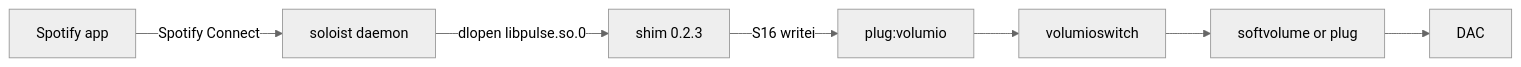
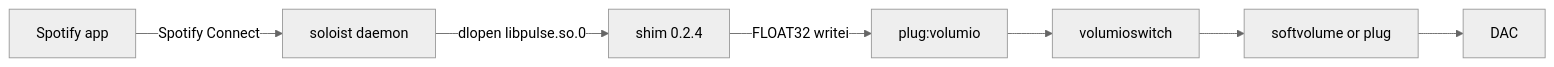
The first of 4 diagrams in README.md (foonerd/alsa_soloist_connect), drawn with Mermaid (neutral theme) before and after one commit. The commit also changed other lines of this file and 12 other files, not shown here.

First line of the commit message:
fix(shim): 0.6.13 write FLOAT32 at the client rate into plug:volumio

````diff
--- a/README.md
+++ b/README.md
@@ -32,9 +32,9 @@
 ```mermaid
 flowchart LR
     SpotifyApp["Spotify app"] -->|"Spotify Connect"| Soloist["soloist daemon"]
-    Soloist -->|"dlopen libpulse.so.0"| Shim["shim 0.2.3"]
-    Shim -->|"S16 writei"| Plug["plug:volumio"]
+    Soloist -->|"dlopen libpulse.so.0"| Shim["shim 0.2.4"]
+    Shim -->|"FLOAT32 writei"| Plug["plug:volumio"]
     Plug --> Switch["volumioswitch"]
     Switch --> Out["softvolume or plug"]
     Out --> Dac["DAC"]
 ```
````
